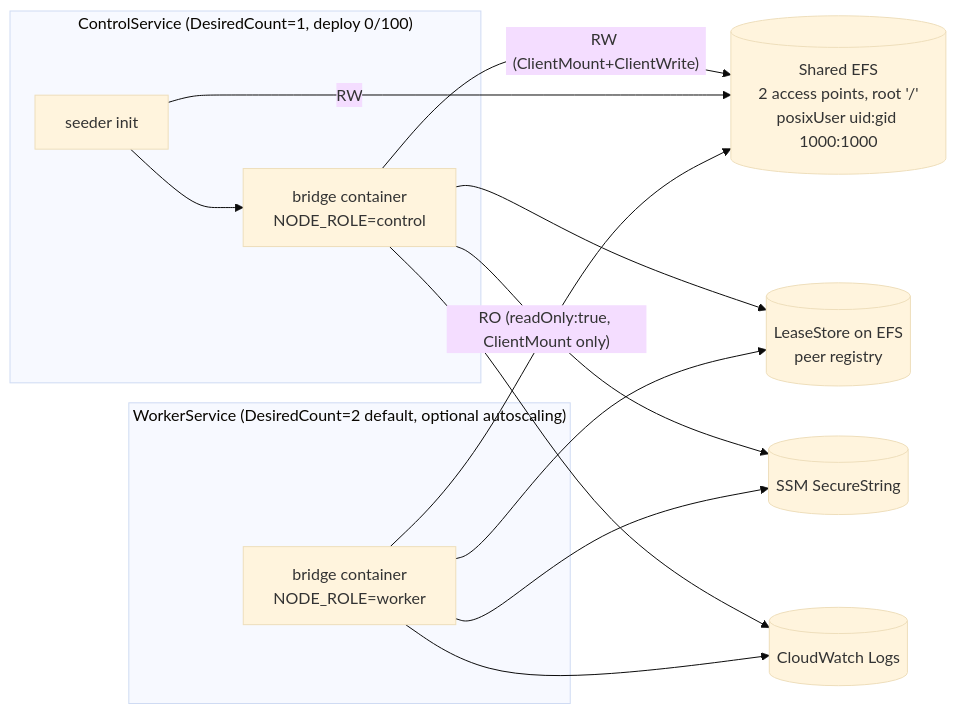
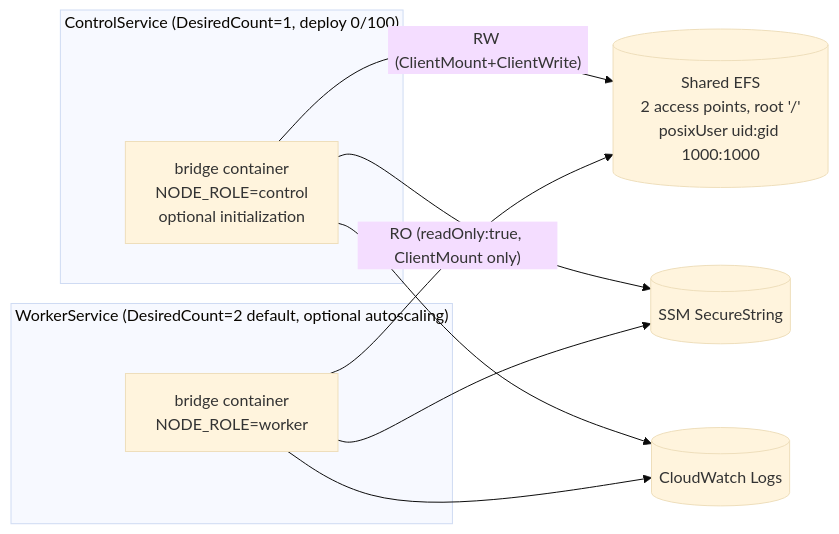
Before and after one commit to mariotoffia/gobridge: the fourth of 4 diagrams in deployment/aws-filebased-config/ARCHITECTURE.md, drawn with Mermaid (base theme). The commit also changed other lines of this file and 48 other files, not shown here.

````diff
--- a/deployment/aws-filebased-config/ARCHITECTURE.md
+++ b/deployment/aws-filebased-config/ARCHITECTURE.md
@@ -209,23 +229,19 @@
 ```mermaid
 flowchart LR
     subgraph Control["ControlService (DesiredCount=1, deploy 0/100)"]
-      CSEED["seeder init"] --> CCTRL["bridge container<br/>NODE_ROLE=control"]
+      CCTRL["bridge container<br/>NODE_ROLE=control<br/>optional initialization"]
     end
     subgraph Worker["WorkerService (DesiredCount=2 default, optional autoscaling)"]
       WBR["bridge container<br/>NODE_ROLE=worker"]
     end
     EFS[("Shared EFS<br/>2 access points, root '/'<br/>posixUser uid:gid 1000:1000")]
-    LEASE[("LeaseStore on EFS<br/>peer registry")]
     SSM[("SSM SecureString")]
     LOG[("CloudWatch Logs")]
 
     CCTRL -- "RW (ClientMount+ClientWrite)" --> EFS
-    CSEED -- "RW" --> EFS
     WBR   -- "RO (readOnly:true, ClientMount only)" --> EFS
-    CCTRL --> LEASE
-    WBR --> LEASE
     CCTRL --> SSM
     WBR --> SSM
     CCTRL --> LOG
     WBR --> LOG
 ```
````
